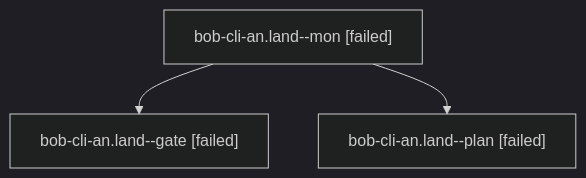
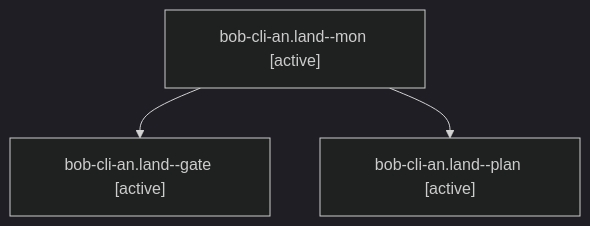
One commit to bobs-org/bob-cli--agents changed the diagram in sessions/bbugyi200.athena.bob-cli-an.land.md. Above: the diagram before and after it, drawn with Mermaid (dark theme). The commit also changed other lines of this file and 122 other files, not shown here.

````diff
--- a/sessions/bbugyi200.athena.bob-cli-an.land.md
+++ b/sessions/bbugyi200.athena.bob-cli-an.land.md
@@ -9,8 +9,8 @@
 ```mermaid
 flowchart TD
-  n0["bob-cli-an.land--mon [failed]"]
-  n1["bob-cli-an.land--gate [failed]"]
+  n0["bob-cli-an.land--mon [active]"]
+  n1["bob-cli-an.land--gate [active]"]
   n0 --> n1
-  n2["bob-cli-an.land--plan [failed]"]
+  n2["bob-cli-an.land--plan [active]"]
   n0 --> n2
 ```
````
